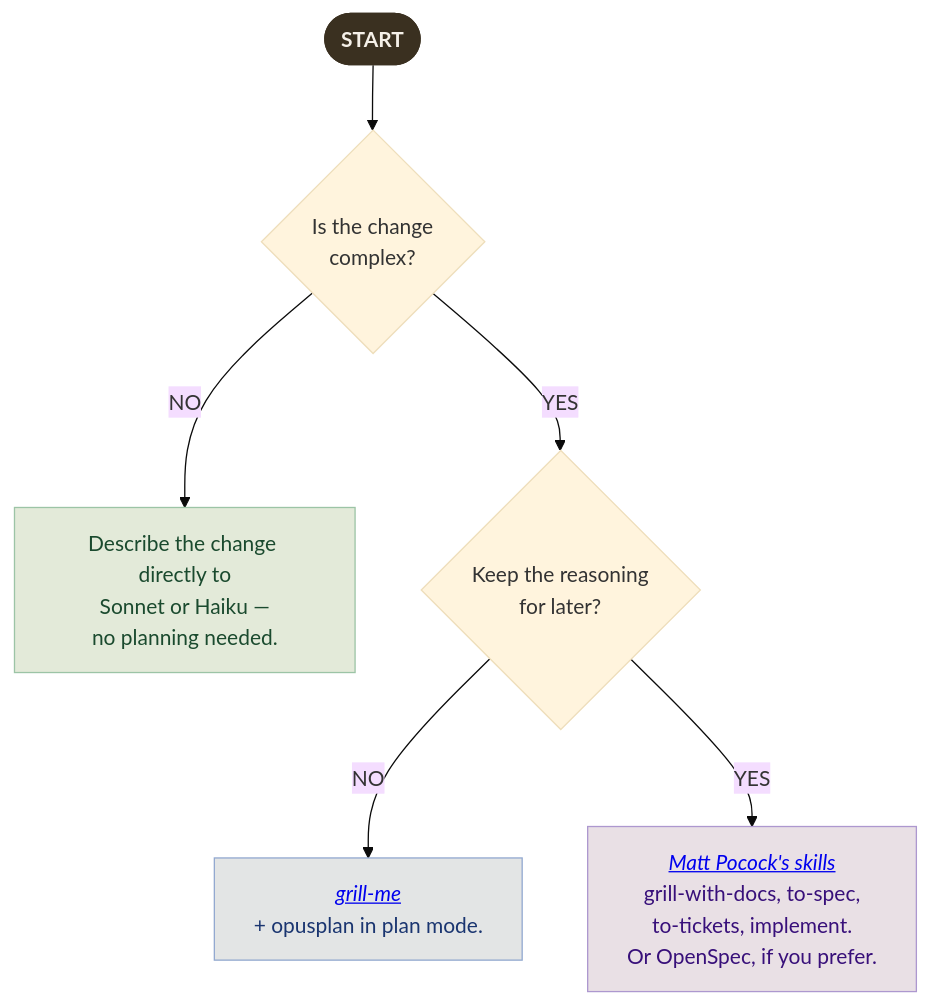
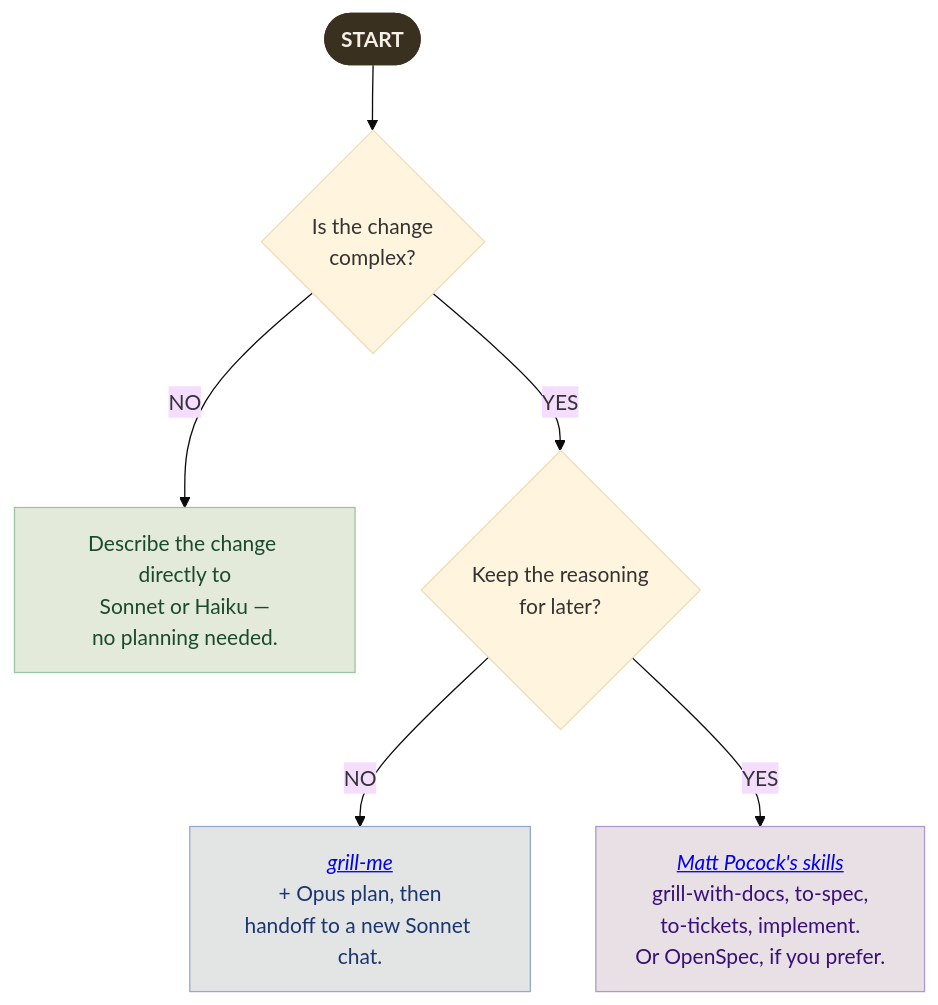
The diagram in ai-workflows.md (nimbus-tech-io/public-docs), drawn with Mermaid (base theme) before and after one commit. The commit also changed other lines of this file and 7 other files, not shown here.

First line of the commit message:
Recommend handoff over mid-chat model changes and update model and effort guidance

````diff
--- a/ai-workflows.md
+++ b/ai-workflows.md
@@ -40,17 +41,17 @@
 ```mermaid
 flowchart TD
     start(["<span style='color:#f5f0e8;font-weight:700;letter-spacing:.5px'>START</span>"]) --> q1{Is the change<br/>complex?}
     q1 -- NO --> direct[Describe the change directly to<br/>Sonnet or Haiku —<br/>no planning needed.]
     q1 -- YES --> q2{Keep the reasoning<br/>for later?}
-    q2 -- NO --> grill["<a href='https://www.aihero.dev/my-grill-me-skill-has-gone-viral'><i>grill-me</i></a><br/>+ opusplan in plan mode."]
+    q2 -- NO --> grill["<a href='https://www.aihero.dev/my-grill-me-skill-has-gone-viral'><i>grill-me</i></a><br/>+ Opus plan, then<br/>handoff to a new Sonnet chat."]
     q2 -- YES --> matt["<a href='matt-pocock-skills.html'><i>Matt Pocock's skills</i></a><br/>grill-with-docs, to-spec,<br/>to-tickets, implement.<br/>Or OpenSpec, if you prefer."]
 
     classDef startNode fill:#3a3020,stroke:#3a3020,color:#f5f0e8,font-weight:700
     classDef green fill:#e3ead9,stroke:#9cc4a6,color:#1a4a2e
     classDef blue fill:#e3e5e5,stroke:#93a9d0,color:#1a3570
     classDef purple fill:#e9e0e5,stroke:#ad98cf,color:#38107a
     class start startNode
     class direct green
     class grill blue
     class matt purple
 ```
````
